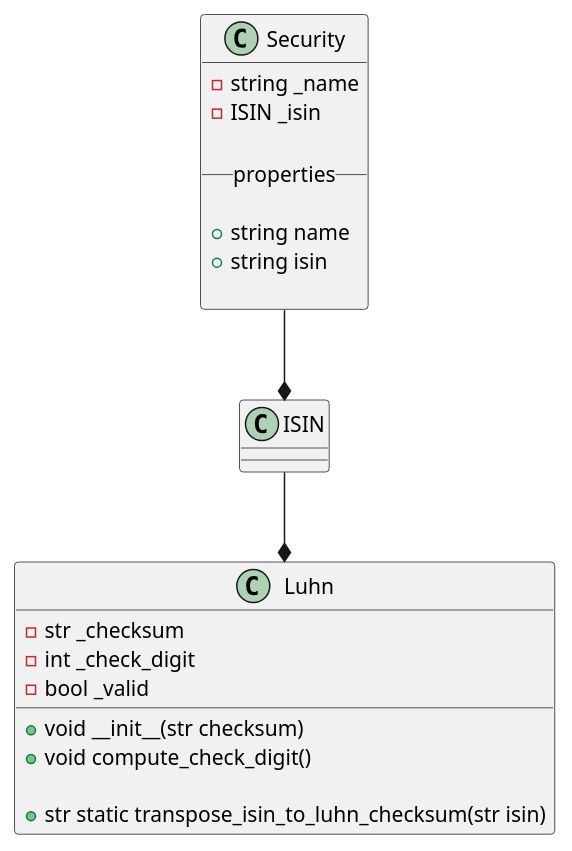
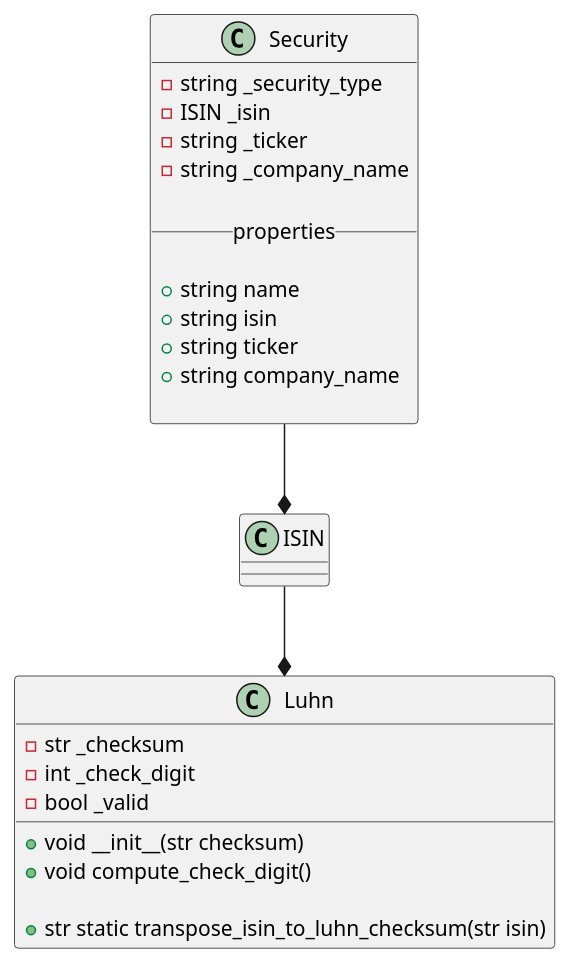
Before and after one commit to JohnVonNeumann/pyasx: the diagram in pyasx/pyasx.puml, drawn with PlantUML.

Commit message:
UPDATE pyasx.puml - improve design of UML

```diff
--- a/pyasx/pyasx.puml
+++ b/pyasx/pyasx.puml
@@ -1,33 +1,37 @@
 @startuml
 'https://plantuml.com/class-diagram
 
 Security --* ISIN
 ISIN --* Luhn
 
 class Security {
-    - string _name
+    - string _security_type
     - ISIN _isin
+    - string _ticker
+    - string _company_name
 
     __properties__
 
     + string name
     + string isin
+    + string ticker
+    + string company_name
 
 }
 
 class ISIN {}
 
 class Luhn {
 - str _checksum
 - int _check_digit
 - bool _valid
 
 + void __init__(str checksum)
 + void compute_check_digit()
 
 + str static transpose_isin_to_luhn_checksum(str isin)
 
 }
 
 
 @enduml
```
